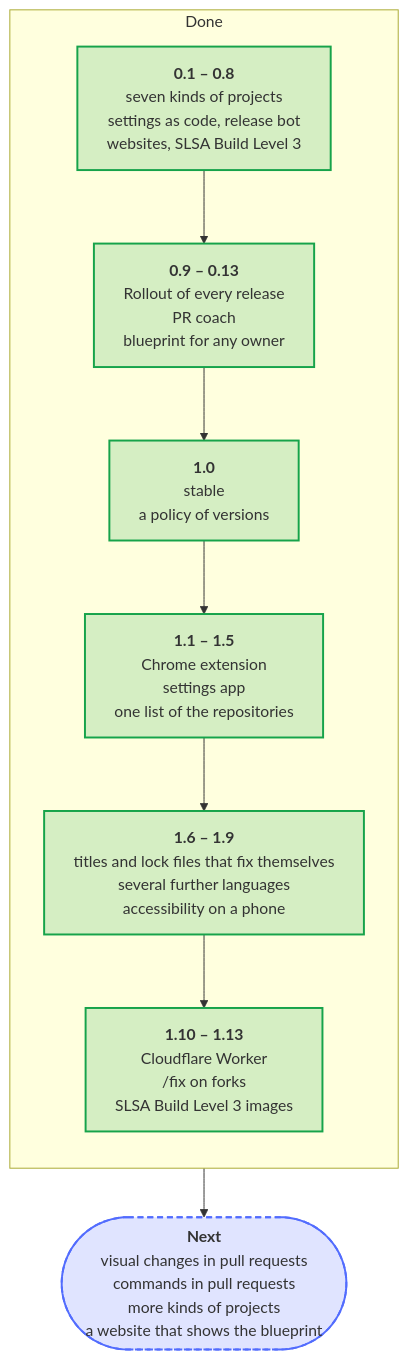
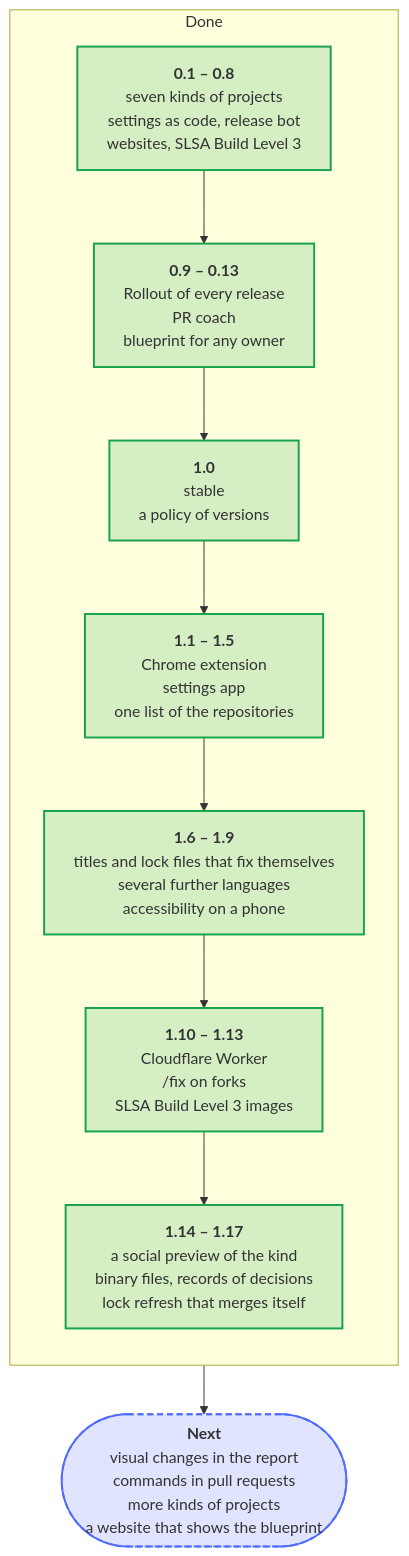
The diagram in docs/diagrams/the-larger-steps-of-the-blueprint.mmd (Dennis-Otto/repo-blueprint), drawn with Mermaid before and after one commit. The commit also changed 23 other files, not shown here.

First line of the commit message:
fix: the defaults of a project name pass their own questions, and small fixes of code and docs (#893)

```diff
--- a/docs/diagrams/the-larger-steps-of-the-blueprint.mmd
+++ b/docs/diagrams/the-larger-steps-of-the-blueprint.mmd
@@ -1,27 +1,28 @@
 ---
 config:
   flowchart:
     wrappingWidth: 400
 ---
 flowchart TB
     accTitle: The larger steps of the blueprint
-    accDescr: 0.1 to 0.8 brought seven kinds of projects, the settings as code, the release bot, the websites and SLSA Build Level 3; 0.9 to 0.13 the Rollout of every release, the PR coach and the blueprint for any owner; 1.0 made it stable, with a policy of versions; 1.1 to 1.5 brought the Chrome extension, the settings app and one list of the repositories; 1.6 to 1.9 titles and lock files that fix themselves, several further languages and the accessibility check at the width of a phone; 1.10 to 1.13 the Cloudflare Worker, /fix on forks and container images at SLSA Build Level 3. Next come visual changes and commands in pull requests, more kinds of projects and a website that shows the blueprint.
+    accDescr: 0.1 to 0.8 brought seven kinds of projects, the settings as code, the release bot, the websites and SLSA Build Level 3; 0.9 to 0.13 the Rollout of every release, the PR coach and the blueprint for any owner; 1.0 made it stable, with a policy of versions; 1.1 to 1.5 brought the Chrome extension, the settings app and one list of the repositories; 1.6 to 1.9 titles and lock files that fix themselves, several further languages and the accessibility check at the width of a phone; 1.10 to 1.13 the Cloudflare Worker, /fix on forks and container images at SLSA Build Level 3; 1.14 to 1.17 a social preview that draws the kind of project, the steps Binary files and Records of decisions, and a refresh of the lock files that merges by itself. Next come the pictures of a visual change in the report of a pull request, commands in pull requests, more kinds of projects and a website that shows the blueprint.
 
     subgraph done ["Done"]
         direction TB
         early["`**0.1 – 0.8**<br>seven kinds of projects<br>settings as code, release bot<br>websites, SLSA Build Level 3`"]
         rollout["`**0.9 – 0.13**<br>Rollout of every release<br>PR coach<br>blueprint for any owner`"]
         stable["`**1.0**<br>stable<br>a policy of versions`"]
         kinds["`**1.1 – 1.5**<br>Chrome extension<br>settings app<br>one list of the repositories`"]
         heal["`**1.6 – 1.9**<br>titles and lock files that fix themselves<br>several further languages<br>accessibility on a phone`"]
-        latest["`**1.10 – 1.13**<br>Cloudflare Worker<br>/fix on forks<br>SLSA Build Level 3 images`"]
-        early --> rollout --> stable --> kinds --> heal --> latest
+        worker["`**1.10 – 1.13**<br>Cloudflare Worker<br>/fix on forks<br>SLSA Build Level 3 images`"]
+        latest["`**1.14 – 1.17**<br>a social preview of the kind<br>binary files, records of decisions<br>lock refresh that merges itself`"]
+        early --> rollout --> stable --> kinds --> heal --> worker --> latest
     end
 
-    next(["`**Next**<br>visual changes in pull requests<br>commands in pull requests<br>more kinds of projects<br>a website that shows the blueprint`"])
+    next(["`**Next**<br>visual changes in the report<br>commands in pull requests<br>more kinds of projects<br>a website that shows the blueprint`"])
     done --> next
 
     classDef done fill:#16a34a2e,stroke:#16a34a,stroke-width:2px
     classDef plan fill:#526cfe2e,stroke:#526cfe,stroke-width:2px,stroke-dasharray:6 4
-    class early,rollout,stable,kinds,heal,latest done
+    class early,rollout,stable,kinds,heal,worker,latest done
     class next plan
```
